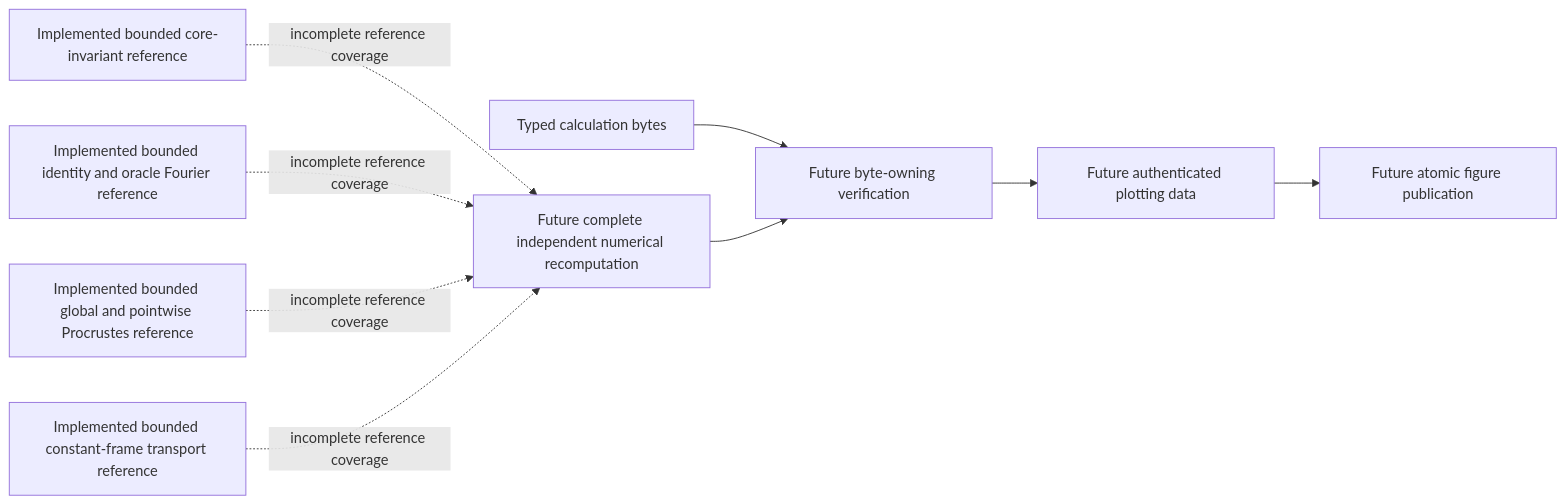
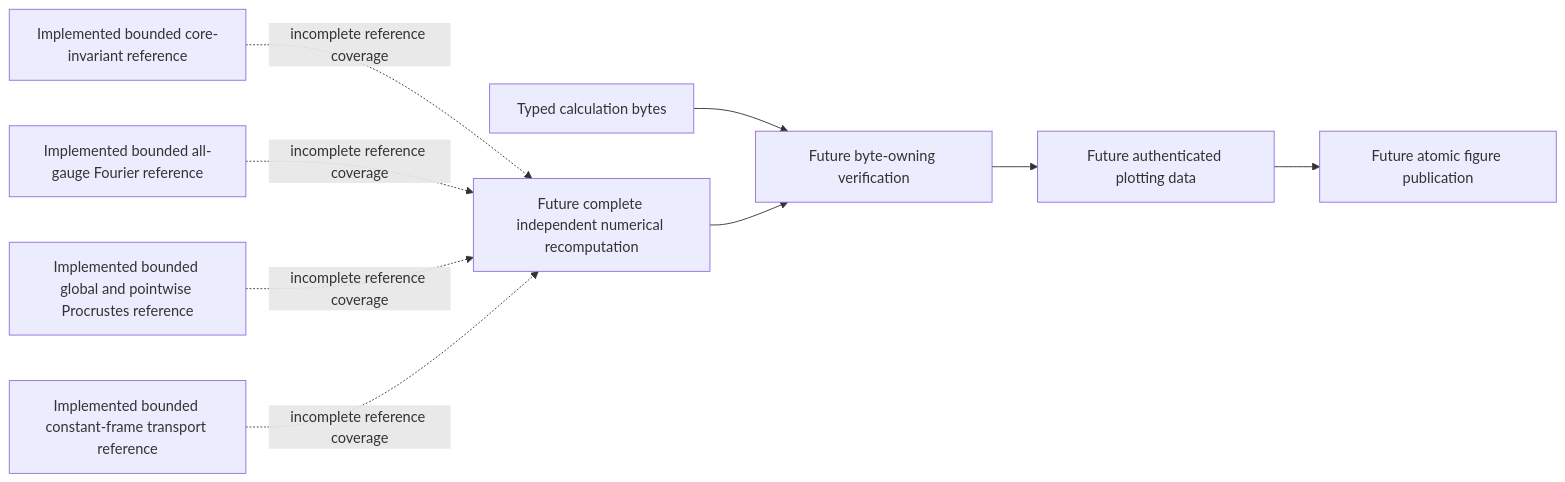
One commit to eragasa/ksdft2effmass changed the third of 4 diagrams in docs/architecture/v3/ksdft2effmass/periodic1d/higher_rank_alignment/schematics.md. Above: the diagram before and after it, drawn with Mermaid. The commit also changed other lines of this file and 12 other files, not shown here.

Commit message:
Extend higher-rank Fourier references to all gauges

````diff
--- a/docs/architecture/v3/ksdft2effmass/periodic1d/higher_rank_alignment/schematics.md
+++ b/docs/architecture/v3/ksdft2effmass/periodic1d/higher_rank_alignment/schematics.md
@@ -78,20 +78,20 @@
 ```mermaid
 flowchart LR
     C[Typed calculation bytes]
     B[Implemented bounded core-invariant reference]
-    F[Implemented bounded identity and oracle Fourier reference]
+    F[Implemented bounded all-gauge Fourier reference]
     P[Implemented bounded global and pointwise Procrustes reference]
     T[Implemented bounded constant-frame transport reference]
     I[Future complete independent numerical recomputation]
     V[Future byte-owning verification]
     D[Future authenticated plotting data]
     G[Future atomic figure publication]
 
     C --> V
     B -. incomplete reference coverage .-> I
     F -. incomplete reference coverage .-> I
     P -. incomplete reference coverage .-> I
     T -. incomplete reference coverage .-> I
     I --> V
     V --> D --> G
 ```
````
